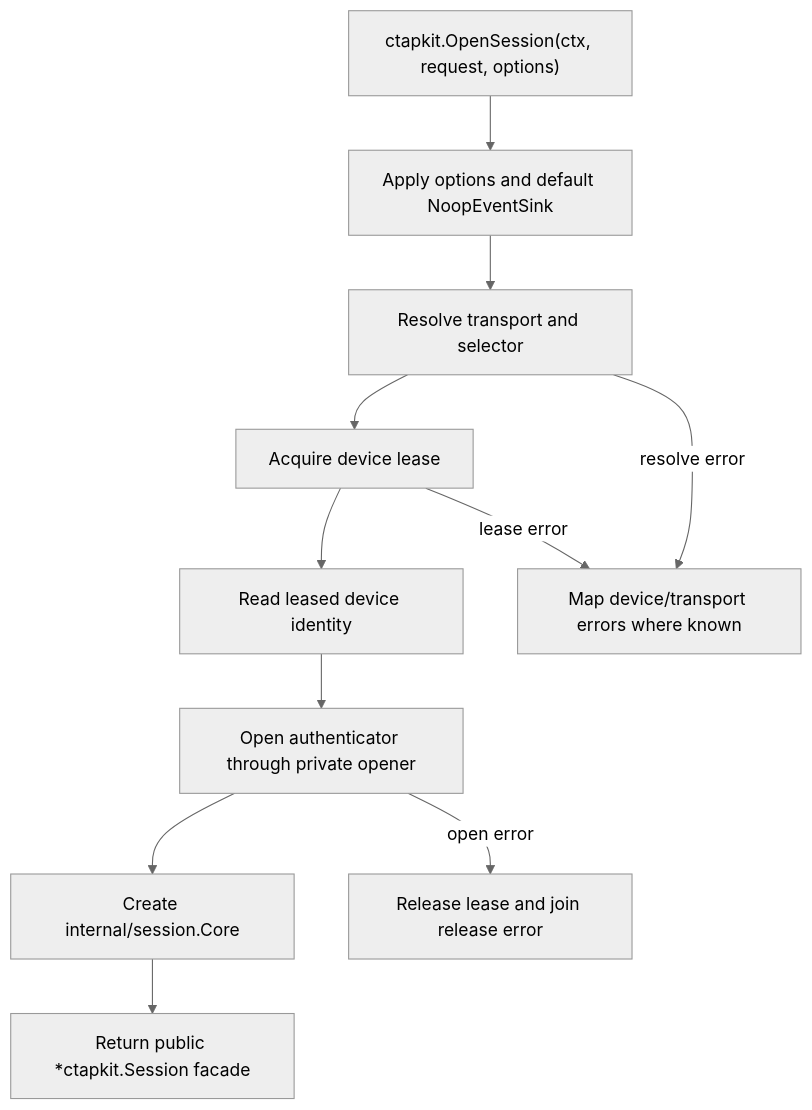
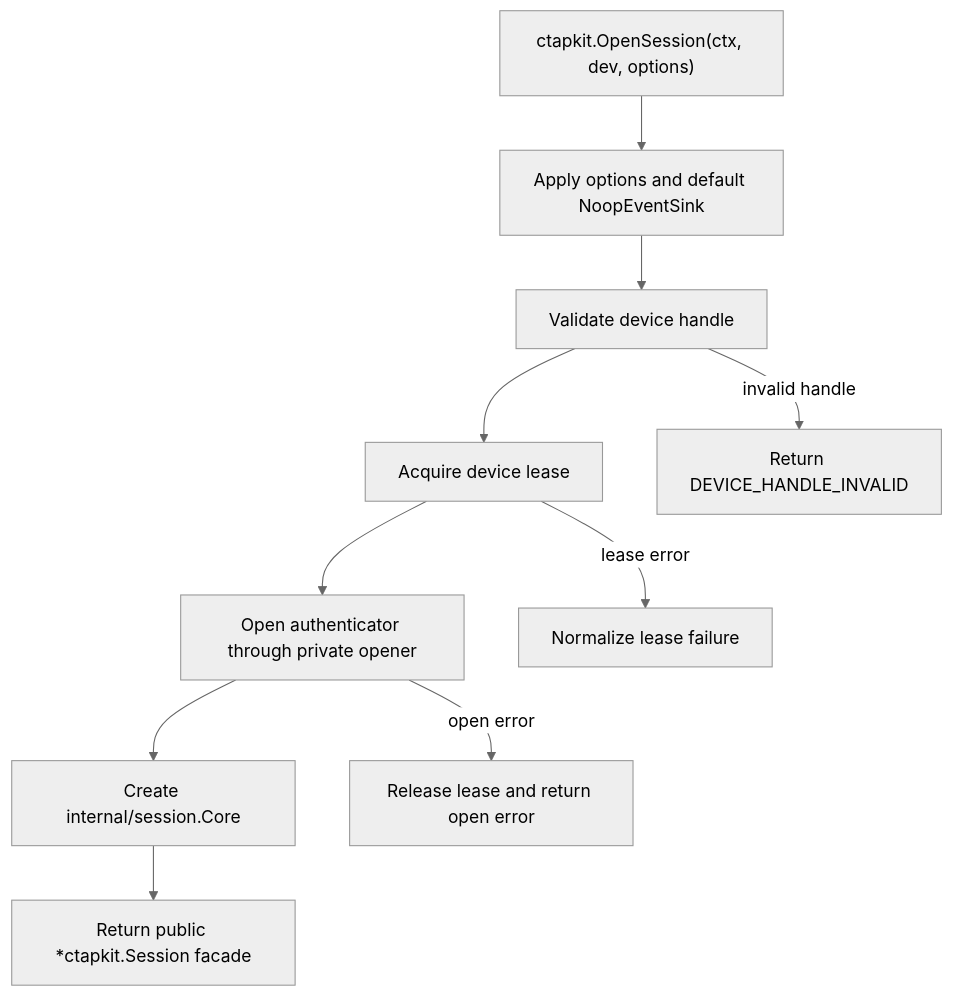
Before and after one commit to go-ctap/kit: the first of 5 diagrams in docs/current-runtime-flows.md, drawn with Mermaid (neutral theme). The commit also changed other lines of this file and 99 other files, not shown here.

Commit message:
refactor: replace `errors` package constants with structured failure framework and remove redundant error definitions

````diff
--- a/docs/current-runtime-flows.md
+++ b/docs/current-runtime-flows.md
@@ -65,14 +65,13 @@
 ```mermaid
 flowchart TD
-  A["ctapkit.OpenSession(ctx, request, options)"] --> B["Apply options and default NoopEventSink"]
-  B --> C["Resolve transport and selector"]
+  A["ctapkit.OpenSession(ctx, dev, options)"] --> B["Apply options and default NoopEventSink"]
+  B --> C["Validate device handle"]
   C --> D["Acquire device lease"]
-  D --> E["Read leased device identity"]
-  E --> F["Open authenticator through private opener"]
+  D --> F["Open authenticator through private opener"]
   F --> G["Create internal/session.Core"]
   G --> H["Return public *ctapkit.Session facade"]
 
-  C -->|resolve error| X["Map device/transport errors where known"]
-  D -->|lease error| X
-  F -->|open error| Y["Release lease and join release error"]
+  C -->|invalid handle| X["Return DEVICE_HANDLE_INVALID"]
+  D -->|lease error| Z["Normalize lease failure"]
+  F -->|open error| Y["Release lease and return open error"]
 ```
````
